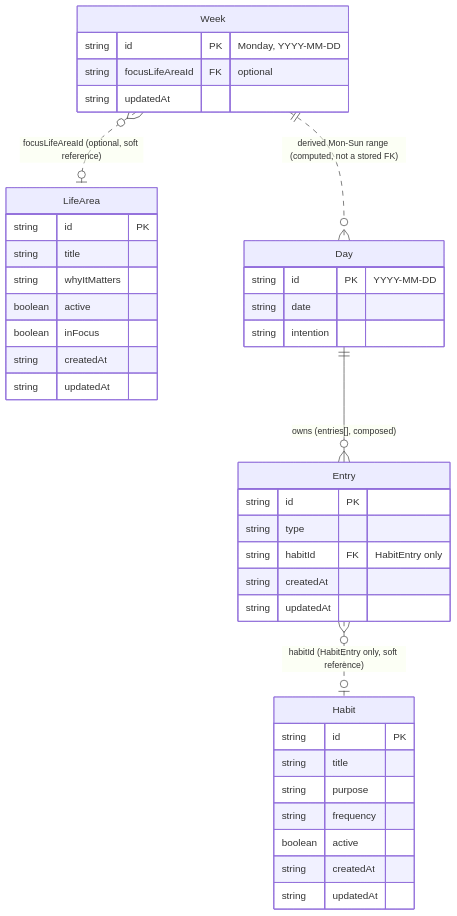
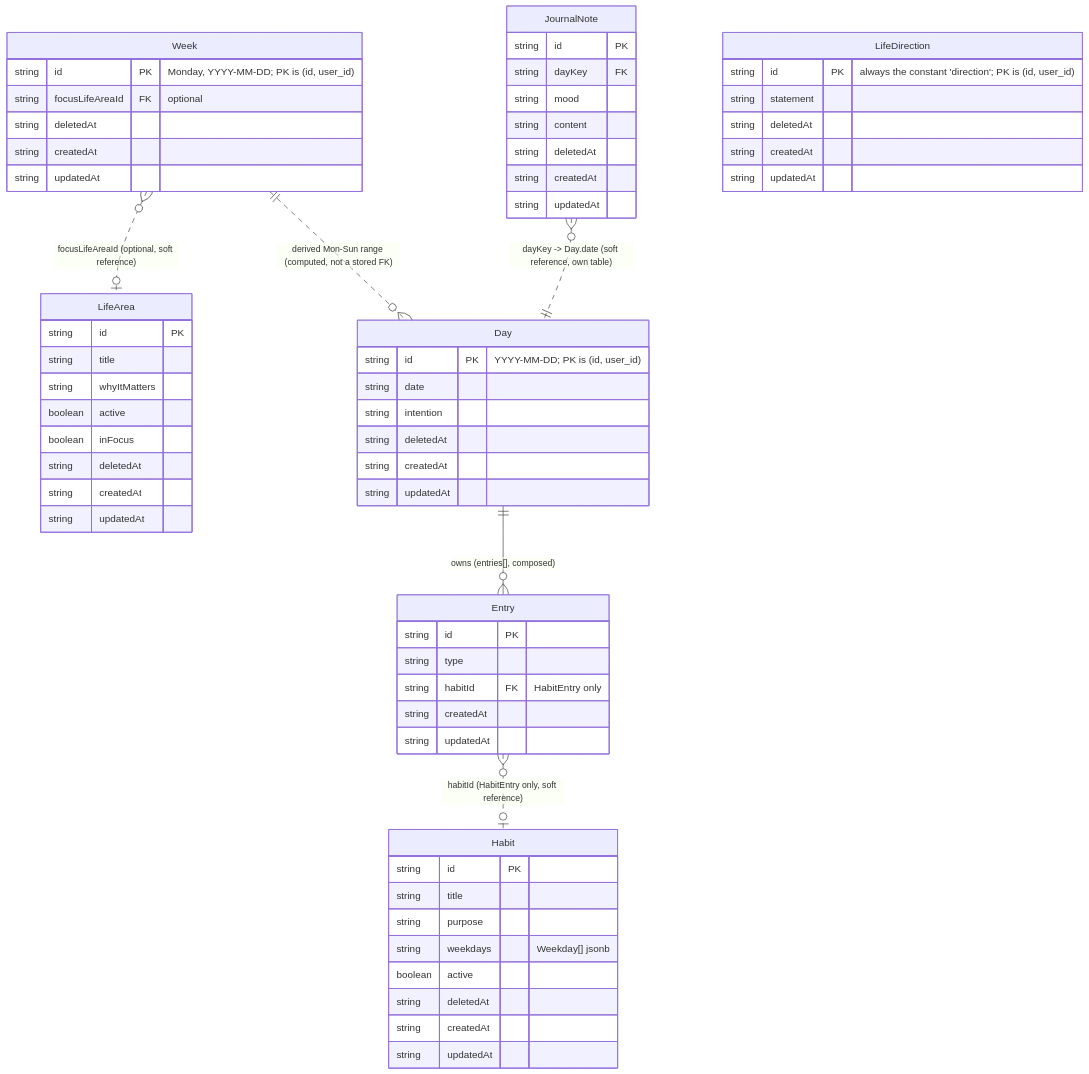
The diagram in docs/DOMAIN_MAP.md (RhapFarEs/proyecto-ser), drawn with Mermaid before and after one commit. The commit also changed other lines of this file and 66 other files, not shown here.

````diff
--- a/docs/DOMAIN_MAP.md
+++ b/docs/DOMAIN_MAP.md
@@ -142,47 +227,73 @@
 ```mermaid
 erDiagram
     LifeArea {
         string id PK
         string title
         string whyItMatters
         boolean active
         boolean inFocus
+        string deletedAt
         string createdAt
         string updatedAt
     }
 
     Habit {
         string id PK
         string title
         string purpose
-        string frequency
+        string weekdays "Weekday[] jsonb"
         boolean active
+        string deletedAt
         string createdAt
         string updatedAt
     }
 
     Week {
-        string id PK "Monday, YYYY-MM-DD"
+        string id PK "Monday, YYYY-MM-DD; PK is (id, user_id)"
         string focusLifeAreaId FK "optional"
+        string deletedAt
+        string createdAt
         string updatedAt
     }
 
     Day {
-        string id PK "YYYY-MM-DD"
+        string id PK "YYYY-MM-DD; PK is (id, user_id)"
         string date
         string intention
+        string deletedAt
+        string createdAt
+        string updatedAt
     }
 
     Entry {
         string id PK
         string type
         string habitId FK "HabitEntry only"
         string createdAt
         string updatedAt
     }
 
+    JournalNote {
+        string id PK
+        string dayKey FK
+        string mood
+        string content
+        string deletedAt
+        string createdAt
+        string updatedAt
+    }
+
+    LifeDirection {
+        string id PK "always the constant 'direction'; PK is (id, user_id)"
+        string statement
+        string deletedAt
+        string createdAt
+        string updatedAt
+    }
+
     Day ||--o{ Entry : "owns (entries[], composed)"
     Entry }o..o| Habit : "habitId (HabitEntry only, soft reference)"
     Week }o..o| LifeArea : "focusLifeAreaId (optional, soft reference)"
     Week ||..o{ Day : "derived Mon-Sun range (computed, not a stored FK)"
+    JournalNote }o..|| Day : "dayKey -> Day.date (soft reference, own table)"
 ```
````
